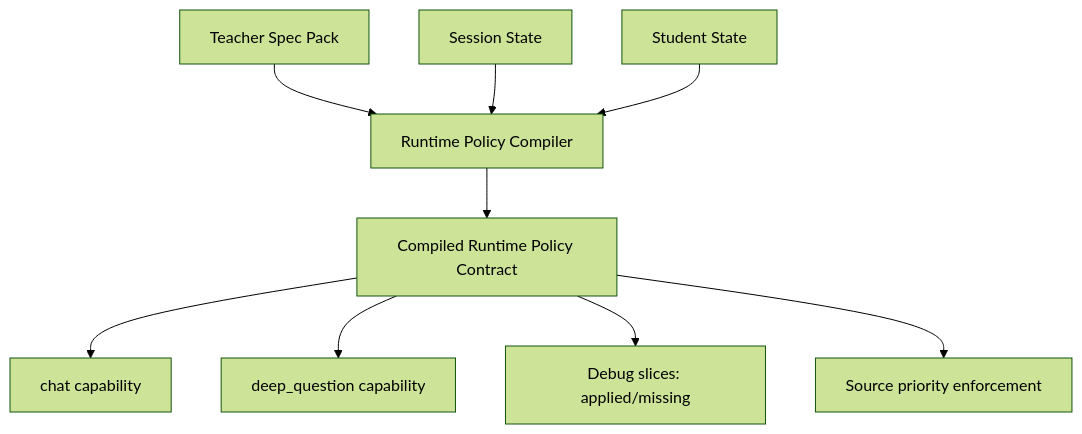
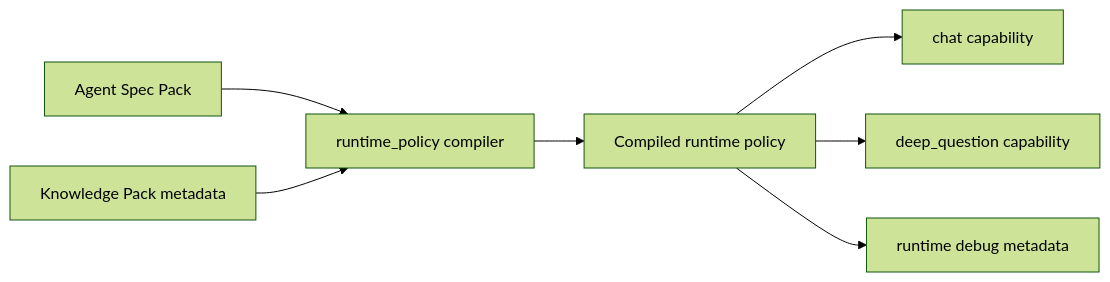
The diagram in docs/superpowers/pr-notes/2026-04-26-lane-2-spec-runtime-assembly.md (Creative-Science-Contest-2026/Multiagent-learning-platform), drawn with Mermaid (forest theme) before and after one commit. The commit also changed other lines of this file and 9 other files, not shown here.

Commit message:
feat(runtime-policy): compile shared teacher policy contract [L2]

````diff
--- a/docs/superpowers/pr-notes/2026-04-26-lane-2-spec-runtime-assembly.md
+++ b/docs/superpowers/pr-notes/2026-04-26-lane-2-spec-runtime-assembly.md
@@ -15,13 +11,9 @@
 ```mermaid
-flowchart TD
-  TeacherSpec["Teacher Spec Pack"] --> Compiler["Runtime Policy Compiler"]
-  SessionState["Session State"] --> Compiler
-  StudentState["Student State"] --> Compiler
-
-  Compiler --> Contract["Compiled Runtime Policy Contract"]
-  Contract --> ChatCap["chat capability"]
-  Contract --> QuestionCap["deep_question capability"]
-
-  Contract --> Debug["Debug slices: applied/missing"]
-  Contract --> Priority["Source priority enforcement"]
+flowchart LR
+  Spec["Agent Spec Pack"] --> Compiler["runtime_policy compiler"]
+  KB["Knowledge Pack metadata"] --> Compiler
+  Compiler --> Contract["Compiled runtime policy"]
+  Contract --> Chat["chat capability"]
+  Contract --> Quiz["deep_question capability"]
+  Contract --> Debug["runtime debug metadata"]
 ```
````
